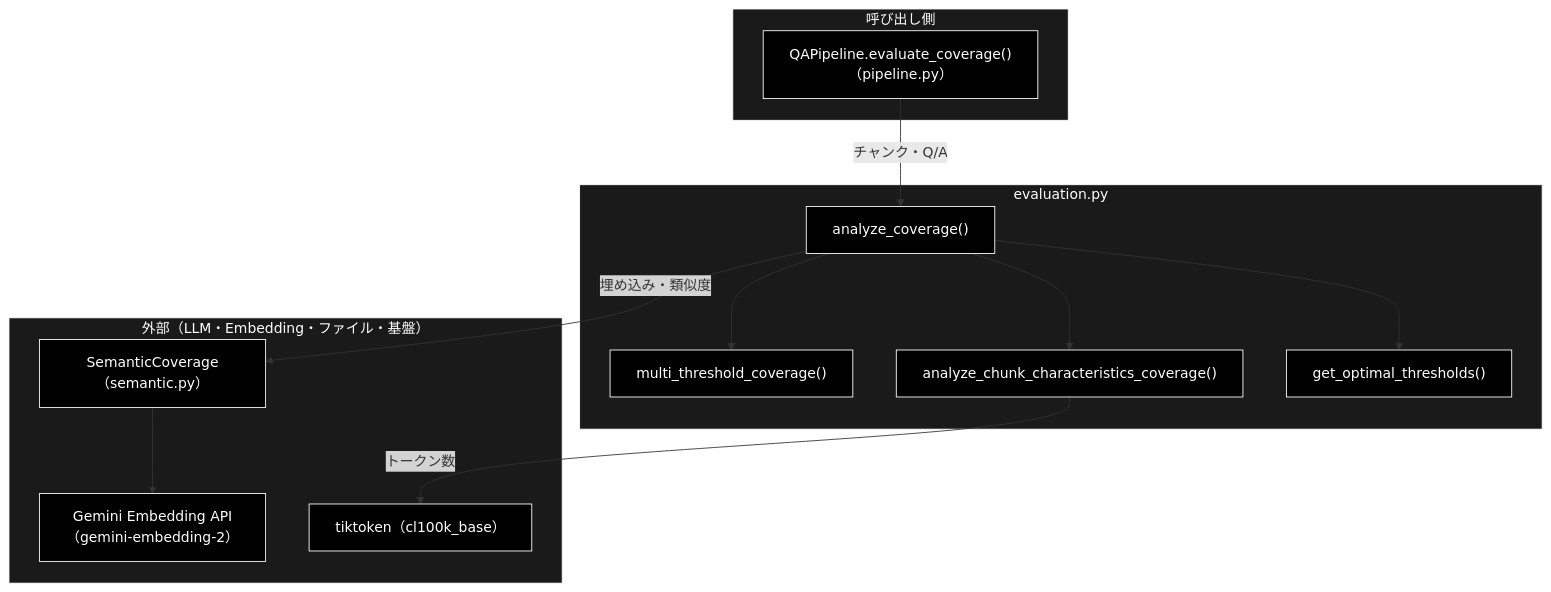
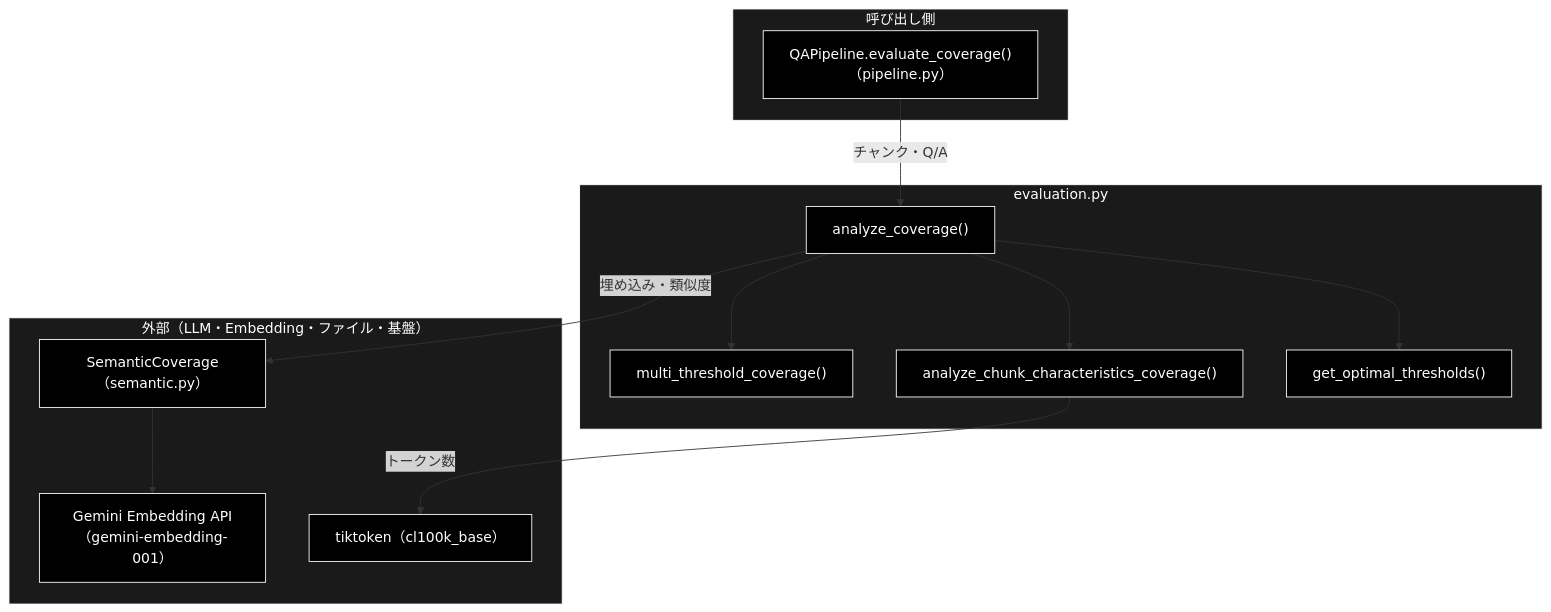
One commit to nakashima2toshio/grace_v2 changed the first of 7 diagrams in qa_generation/docs/evaluation.md. Above: the diagram before and after it, drawn with Mermaid. The commit also changed other lines of this file and 56 other files, not shown here.

First line of the commit message:
revert: Embedding を gemini-embedding-001 に戻す（Qdrant の再登録を不要にする）

````diff
--- a/qa_generation/docs/evaluation.md
+++ b/qa_generation/docs/evaluation.md
@@ -59,30 +59,30 @@
 ```mermaid
 flowchart TB
     subgraph CALLER["呼び出し側"]
         PIPE["QAPipeline.evaluate_coverage()（pipeline.py）"]
     end
     subgraph TARGET["evaluation.py"]
         AC["analyze_coverage()"]
         MT["multi_threshold_coverage()"]
         CC["analyze_chunk_characteristics_coverage()"]
         GT["get_optimal_thresholds()"]
     end
     subgraph EXTERNAL["外部（LLM・Embedding・ファイル・基盤）"]
         SC["SemanticCoverage（semantic.py）"]
-        EMB["Gemini Embedding API（gemini-embedding-2）"]
+        EMB["Gemini Embedding API（gemini-embedding-001）"]
         TIK["tiktoken（cl100k_base）"]
     end
     PIPE -->|"チャンク・Q/A"| AC
     AC --> GT
     AC --> MT
     AC --> CC
     AC -->|"埋め込み・類似度"| SC
     SC --> EMB
     CC -->|"トークン数"| TIK
 classDef default fill:#000,stroke:#fff,color:#fff
 classDef subgraphStyle fill:#1a1a1a,stroke:#fff,color:#fff
 class PIPE,AC,MT,CC,GT,SC,EMB,TIK default
 style CALLER fill:#1a1a1a,stroke:#fff,color:#fff
 style TARGET fill:#1a1a1a,stroke:#fff,color:#fff
 style EXTERNAL fill:#1a1a1a,stroke:#fff,color:#fff
 ```
````
